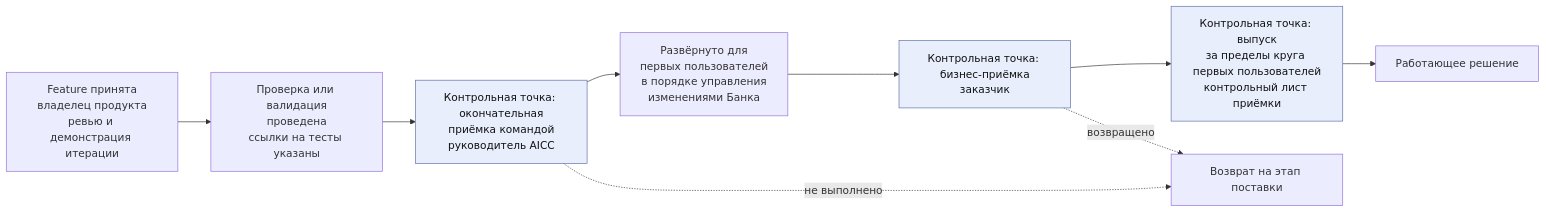
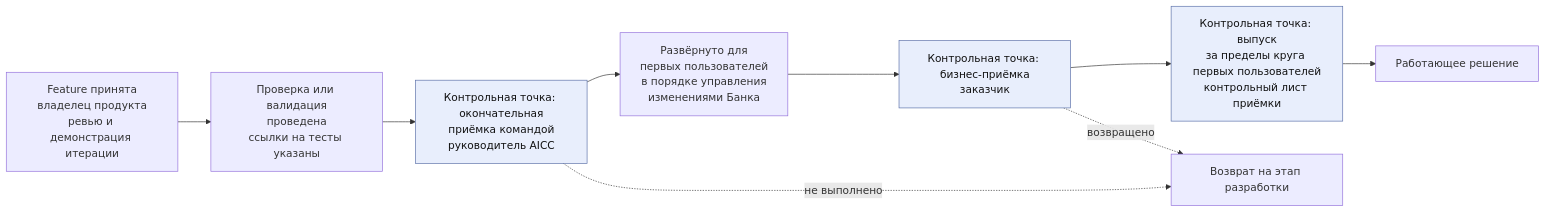
One commit to devhogu/ob-aicc changed the sixth of 10 diagrams in charter/ru/workflows/service-delivery.md. Above: the diagram before and after it, drawn with Mermaid. The commit also changed other lines of this file and 142 other files, not shown here.

````diff
--- a/charter/ru/workflows/service-delivery.md
+++ b/charter/ru/workflows/service-delivery.md
@@ -163,13 +163,13 @@
 ```mermaid
 flowchart LR
   FA["Feature принята<br/>владелец продукта<br/>ревью и демонстрация итерации"] --> CV["Проверка или валидация<br/>проведена<br/>ссылки на тесты указаны"]
   CV --> TF["Контрольная точка: окончательная<br/>приёмка командой<br/>руководитель AICC"]
   TF --> FU["Развёрнуто для<br/>первых пользователей<br/>в порядке управления<br/>изменениями Банка"]
   FU --> BA["Контрольная точка: бизнес-приёмка<br/>заказчик"]
   BA --> RL["Контрольная точка: выпуск<br/>за пределы круга первых пользователей<br/>контрольный лист приёмки"]
   RL --> LV["Работающее решение"]
-  TF -.->|"не выполнено"| BK["Возврат на этап поставки"]
+  TF -.->|"не выполнено"| BK["Возврат на этап разработки"]
   BA -.->|"возвращено"| BK
   classDef gate fill:#e8eefc,stroke:#5a6fa8,color:#111
   class TF,BA,RL gate
 ```
````
